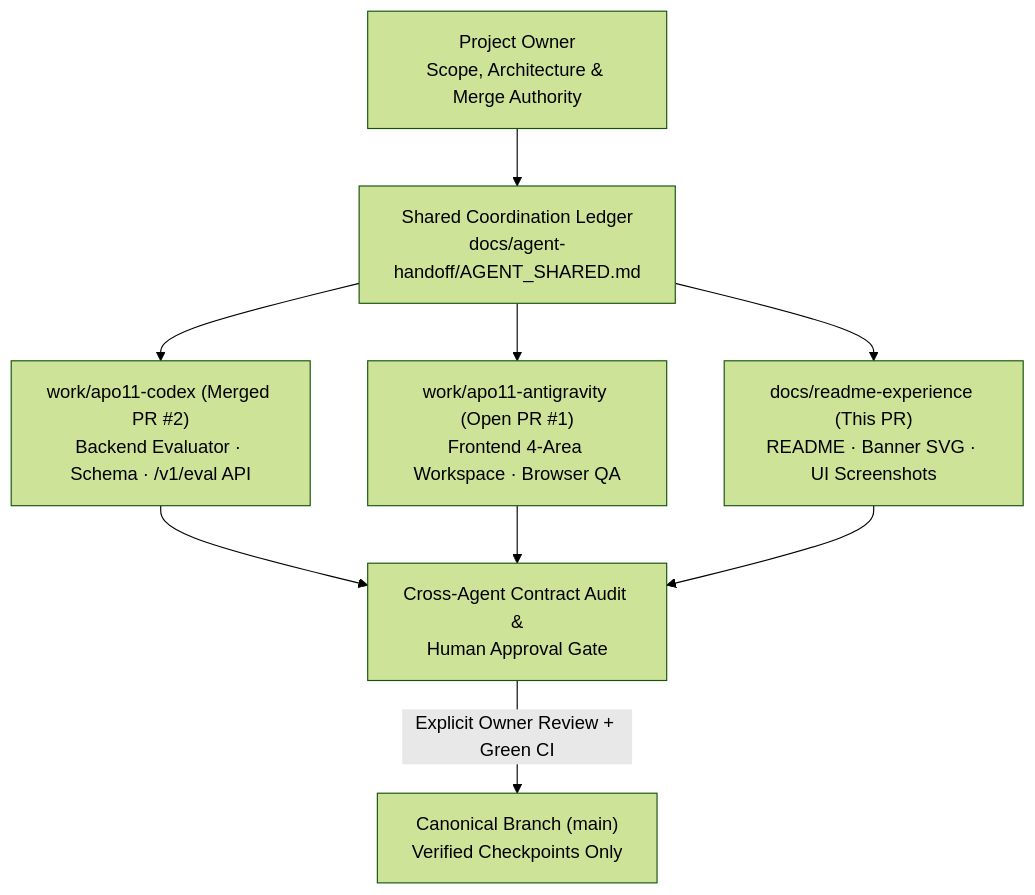
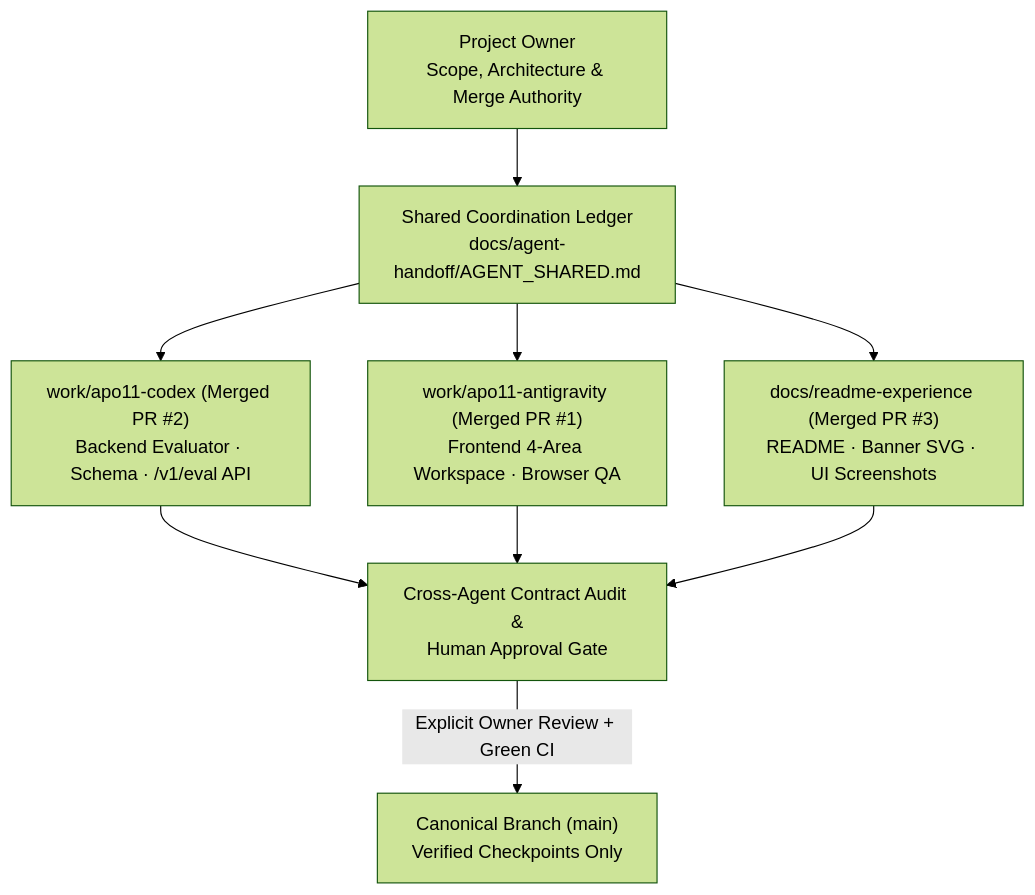
One commit to akaKRISH/AETHER changed the fourth of 6 diagrams in README.md. Above: the diagram before and after it, drawn with Mermaid (forest theme). The commit also changed other lines of this file and 5 other files, not shown here.

Commit message:
docs: sync public README and screenshots with merged APO-11 UI

````diff
--- a/README.md
+++ b/README.md
@@ -227,14 +225,14 @@
 ```mermaid
 flowchart TB
     Owner["Project Owner\nScope, Architecture & Merge Authority"] --> SharedLedger["Shared Coordination Ledger\ndocs/agent-handoff/AGENT_SHARED.md"]
 
     SharedLedger --> CodexWT["work/apo11-codex (Merged PR #2)\nBackend Evaluator · Schema · /v1/eval API"]
-    SharedLedger --> AgWT["work/apo11-antigravity (Open PR #1)\nFrontend 4-Area Workspace · Browser QA"]
-    SharedLedger --> DocWT["docs/readme-experience (This PR)\nREADME · Banner SVG · UI Screenshots"]
+    SharedLedger --> AgWT["work/apo11-antigravity (Merged PR #1)\nFrontend 4-Area Workspace · Browser QA"]
+    SharedLedger --> DocWT["docs/readme-experience (Merged PR #3)\nREADME · Banner SVG · UI Screenshots"]
 
     CodexWT --> ReviewGate["Cross-Agent Contract Audit &\nHuman Approval Gate"]
     AgWT --> ReviewGate
     DocWT --> ReviewGate
 
     ReviewGate -->|"Explicit Owner Review + Green CI"| MainBranch["Canonical Branch (main)\nVerified Checkpoints Only"]
 ```
````
